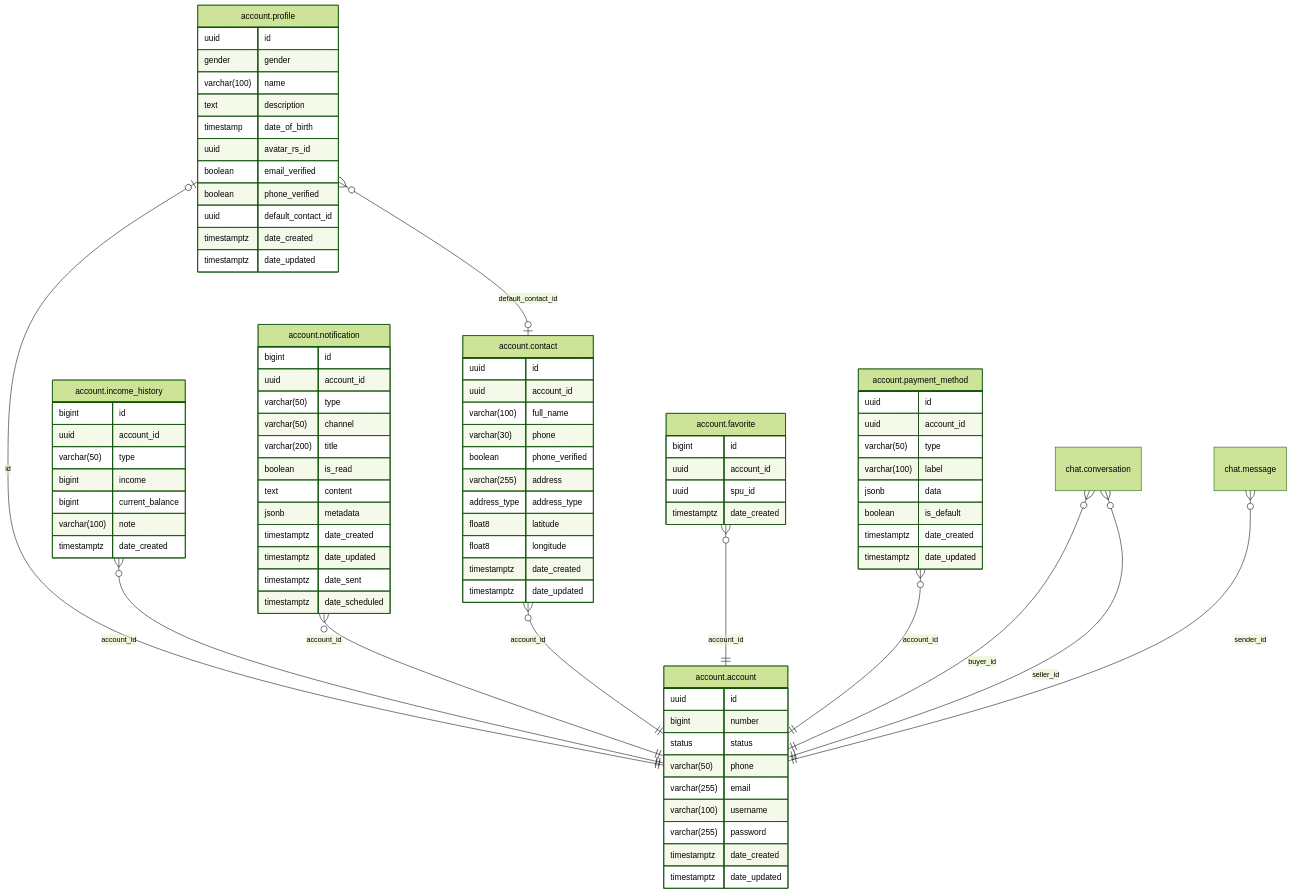
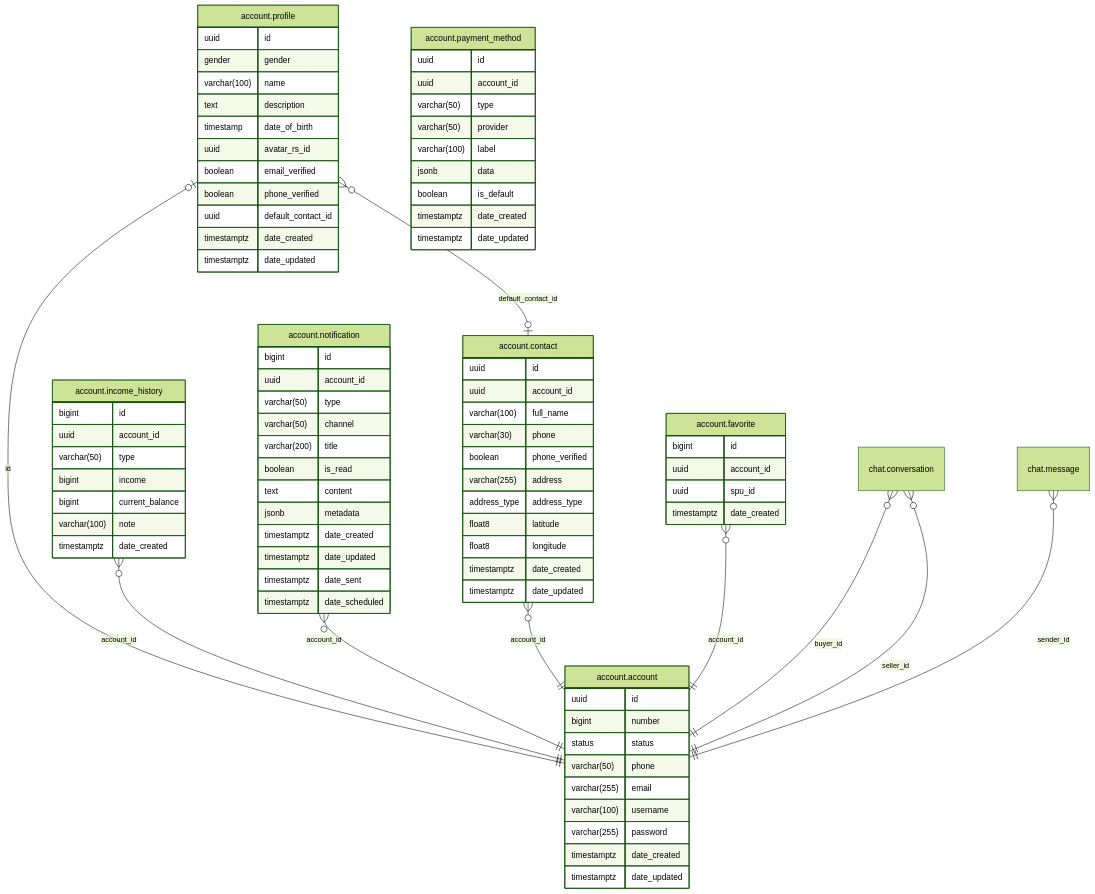
Before and after one commit to shopnexus/shopnexus-server: the diagram in internal/module/account/README.md, drawn with Mermaid (forest theme). The commit also changed 18 other files, not shown here.

```diff
--- a/internal/module/account/README.md
+++ b/internal/module/account/README.md
@@ -17,7 +17,6 @@
 "account.notification" }o--|| "account.account" : "account_id"
 "account.contact" }o--|| "account.account" : "account_id"
 "account.favorite" }o--|| "account.account" : "account_id"
-"account.payment_method" }o--|| "account.account" : "account_id"
 "chat.conversation" }o--|| "account.account" : "buyer_id"
 "chat.conversation" }o--|| "account.account" : "seller_id"
 "chat.message" }o--|| "account.account" : "sender_id"
@@ -79,6 +78,7 @@
   uuid id
   uuid account_id
   varchar(50) type
+  varchar(50) provider
   varchar(100) label
   jsonb data
   boolean is_default
```
